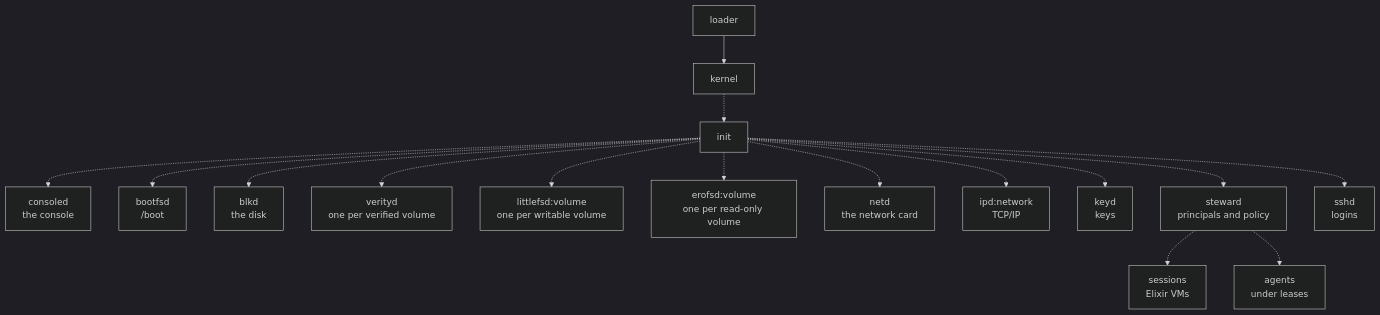
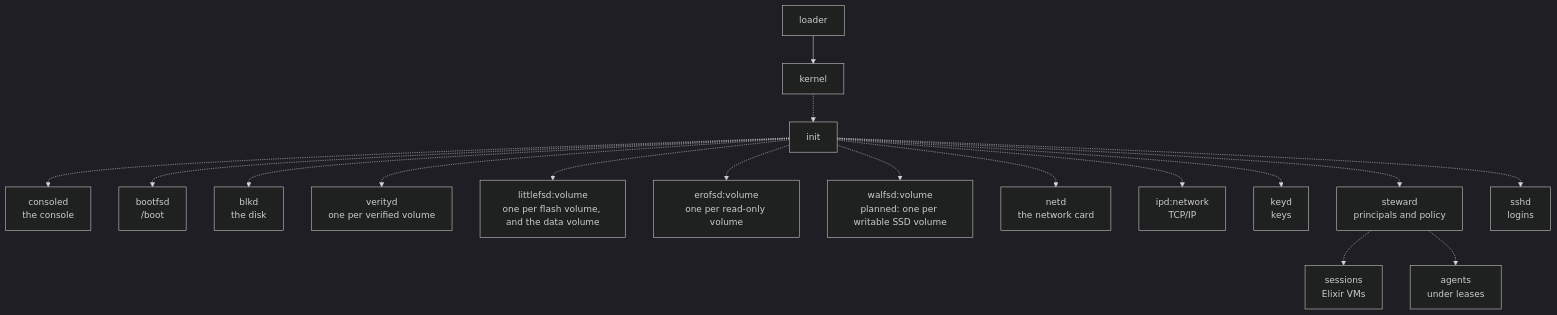
Before and after one commit to sirmick/redoubt: the first of 3 diagrams in docs/servers/README.md, drawn with Mermaid (dark theme). The commit also changed other lines of this file and 4 other files, not shown here.

First line of the commit message:
walfsd: the page specifies walfs, the writable SSD volumes' format

````diff
--- a/docs/servers/README.md
+++ b/docs/servers/README.md
@@ -29,18 +29,19 @@
 ```mermaid
 flowchart TD
     L[loader] --> K[kernel]
     K -.-> I[init]
     I -.-> CO[consoled<br/>the console]
     I -.-> BF[bootfsd<br/>/boot]
     I -.-> BL[blkd<br/>the disk]
     I -.-> VD[verityd<br/>one per verified volume]
-    I -.-> FS[littlefsd:volume<br/>one per writable volume]
+    I -.-> FS[littlefsd:volume<br/>one per flash volume, and the data volume]
     I -.-> EF[erofsd:volume<br/>one per read-only volume]
+    I -.-> WF[walfsd:volume<br/>planned: one per writable SSD volume]
     I -.-> ND[netd<br/>the network card]
     I -.-> IP[ipd:network<br/>TCP/IP]
     I -.-> KD[keyd<br/>keys]
     I -.-> ST[steward<br/>principals and policy]
     I -.-> SS[sshd<br/>logins]
     ST -.-> SE[sessions<br/>Elixir VMs]
     ST -.-> AG[agents<br/>under leases]
 ```
````
